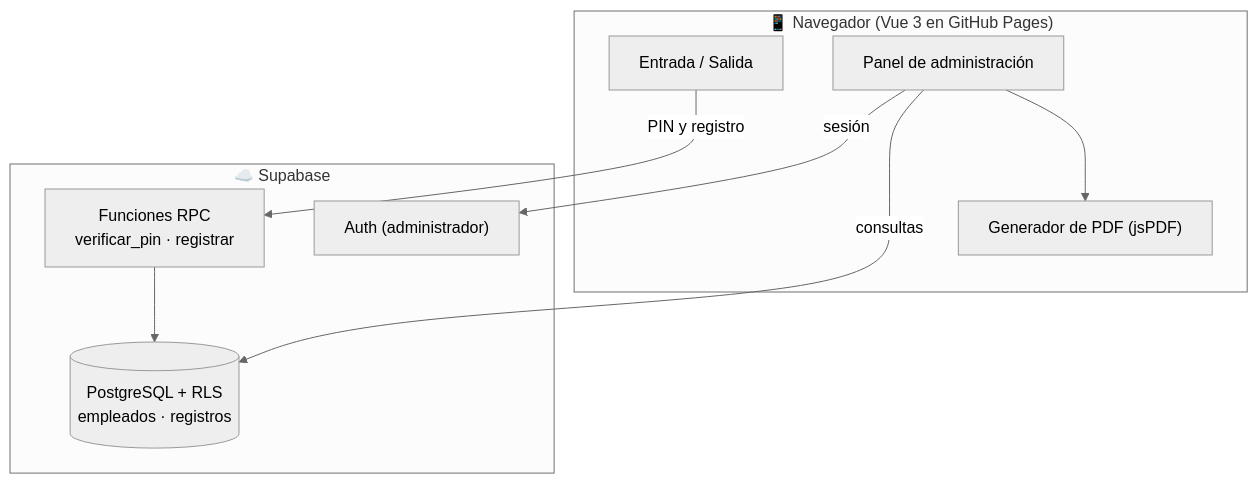
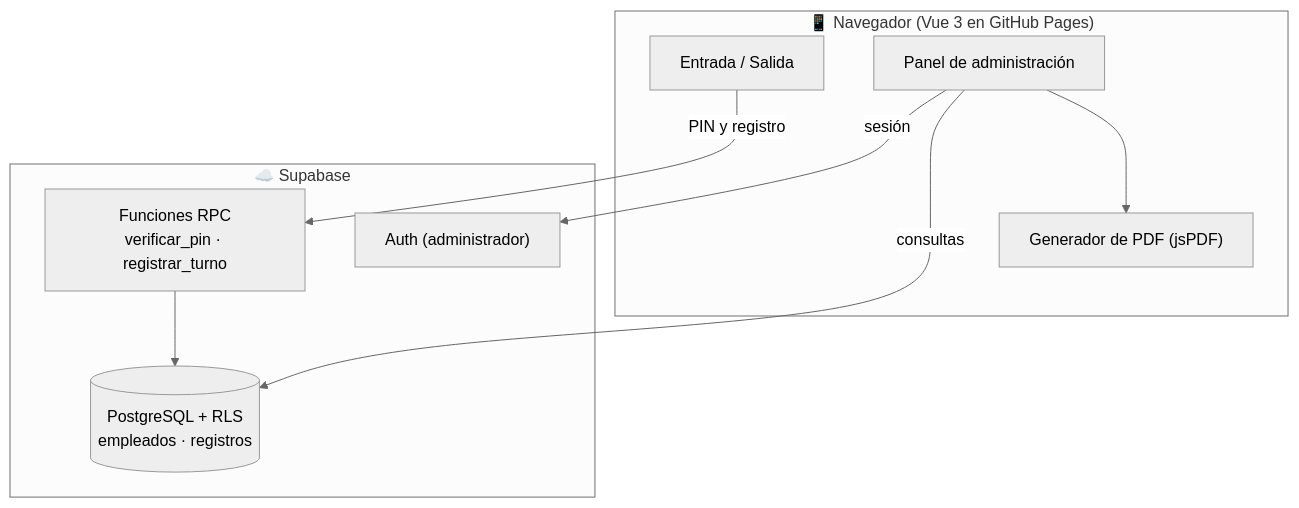
One commit to Figueira205/Domi-QR changed the second of 2 diagrams in README.md. Above: the diagram before and after it, drawn with Mermaid (neutral theme). The commit also changed other lines of this file and 15 other files, not shown here.

````diff
--- a/README.md
+++ b/README.md
@@ -144,20 +173,20 @@
 ```mermaid
 flowchart TB
     subgraph Navegador["📱 Navegador (Vue 3 en GitHub Pages)"]
         E["Entrada / Salida"]
         A["Panel de administración"]
         P["Generador de PDF (jsPDF)"]
     end
 
     subgraph Supabase["☁️ Supabase"]
-        R["Funciones RPC<br/>verificar_pin · registrar"]
+        R["Funciones RPC<br/>verificar_pin · registrar_turno"]
         AU["Auth (administrador)"]
         DB[("PostgreSQL + RLS<br/>empleados · registros")]
     end
 
     E -->|PIN y registro| R
     A -->|sesión| AU
     A -->|consultas| DB
     R --> DB
     A --> P
 ```
````
